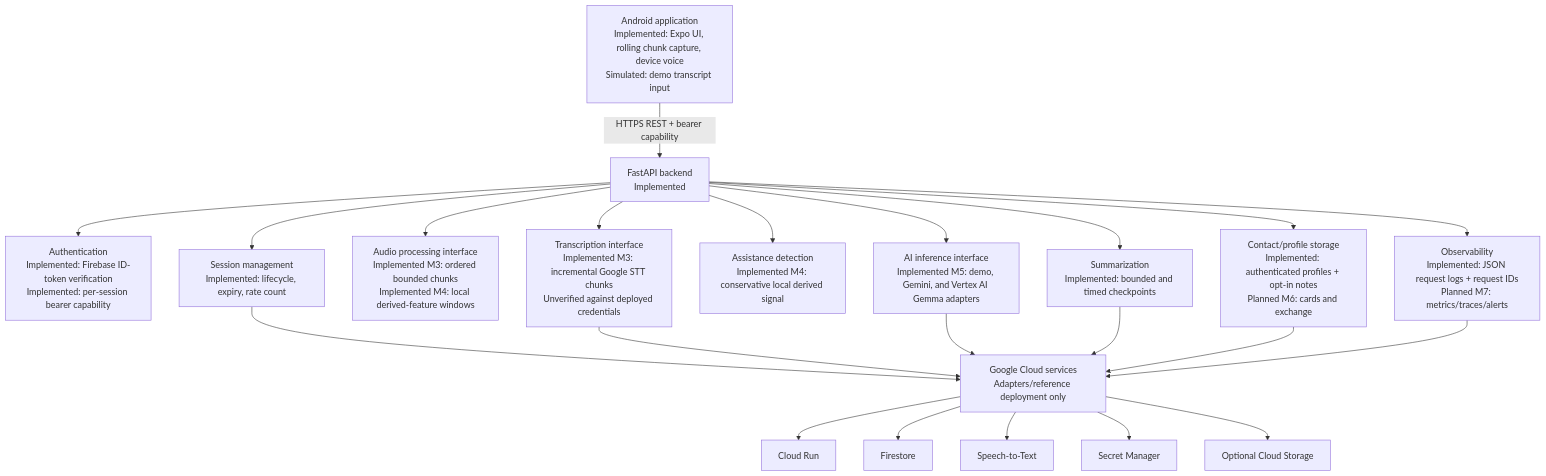
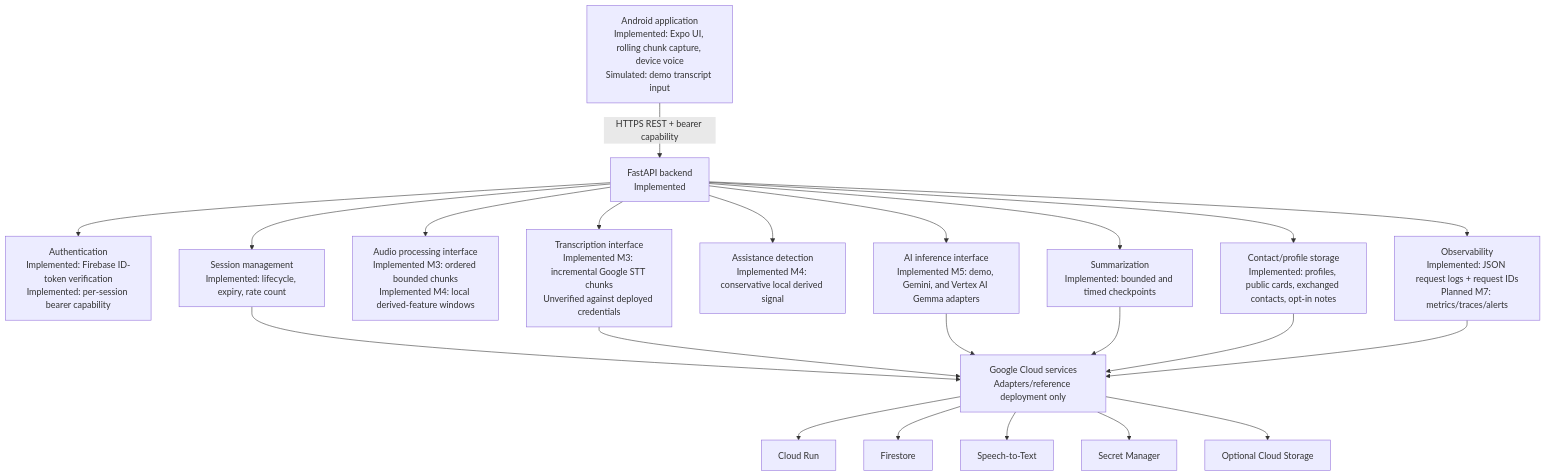
Before and after one commit to honeyreddydaram/Wings: the first of 2 diagrams in docs/ARCHITECTURE.md, drawn with Mermaid. The commit also changed other lines of this file and 17 other files, not shown here.

Commit message:
Complete digital identity and contact exchange milestone

````diff
--- a/docs/ARCHITECTURE.md
+++ b/docs/ARCHITECTURE.md
@@ -9,19 +9,19 @@
 ```mermaid
 flowchart TB
     A[Android application<br/>Implemented: Expo UI, rolling chunk capture, device voice<br/>Simulated: demo transcript input] -->|HTTPS REST + bearer capability| B[FastAPI backend<br/>Implemented]
     B --> C[Authentication<br/>Implemented: Firebase ID-token verification<br/>Implemented: per-session bearer capability]
     B --> D[Session management<br/>Implemented: lifecycle, expiry, rate count]
     B --> E[Audio processing interface<br/>Implemented M3: ordered bounded chunks<br/>Implemented M4: local derived-feature windows]
     B --> F[Transcription interface<br/>Implemented M3: incremental Google STT chunks<br/>Unverified against deployed credentials]
     B --> G[Assistance detection<br/>Implemented M4: conservative local derived signal]
     B --> H[AI inference interface<br/>Implemented M5: demo, Gemini, and Vertex AI Gemma adapters]
     B --> I[Summarization<br/>Implemented: bounded and timed checkpoints]
-    B --> J[Contact/profile storage<br/>Implemented: authenticated profiles + opt-in notes<br/>Planned M6: cards and exchange]
+    B --> J[Contact/profile storage<br/>Implemented: profiles, public cards, exchanged contacts, opt-in notes]
     B --> K[Observability<br/>Implemented: JSON request logs + request IDs<br/>Planned M7: metrics/traces/alerts]
     D & F & H & I & J & K --> L[Google Cloud services<br/>Adapters/reference deployment only]
     L --> L1[Cloud Run]
     L --> L2[Firestore]
     L --> L3[Speech-to-Text]
     L --> L4[Secret Manager]
     L --> L5[Optional Cloud Storage]
 ```
````
